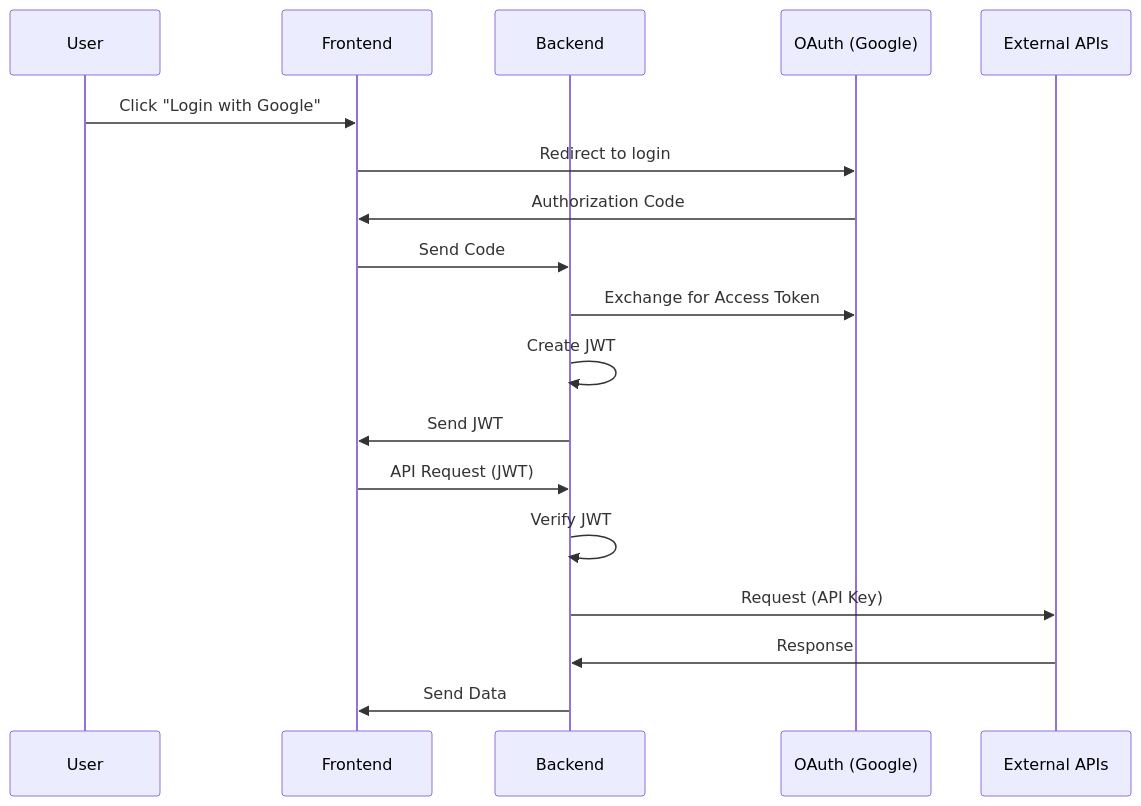
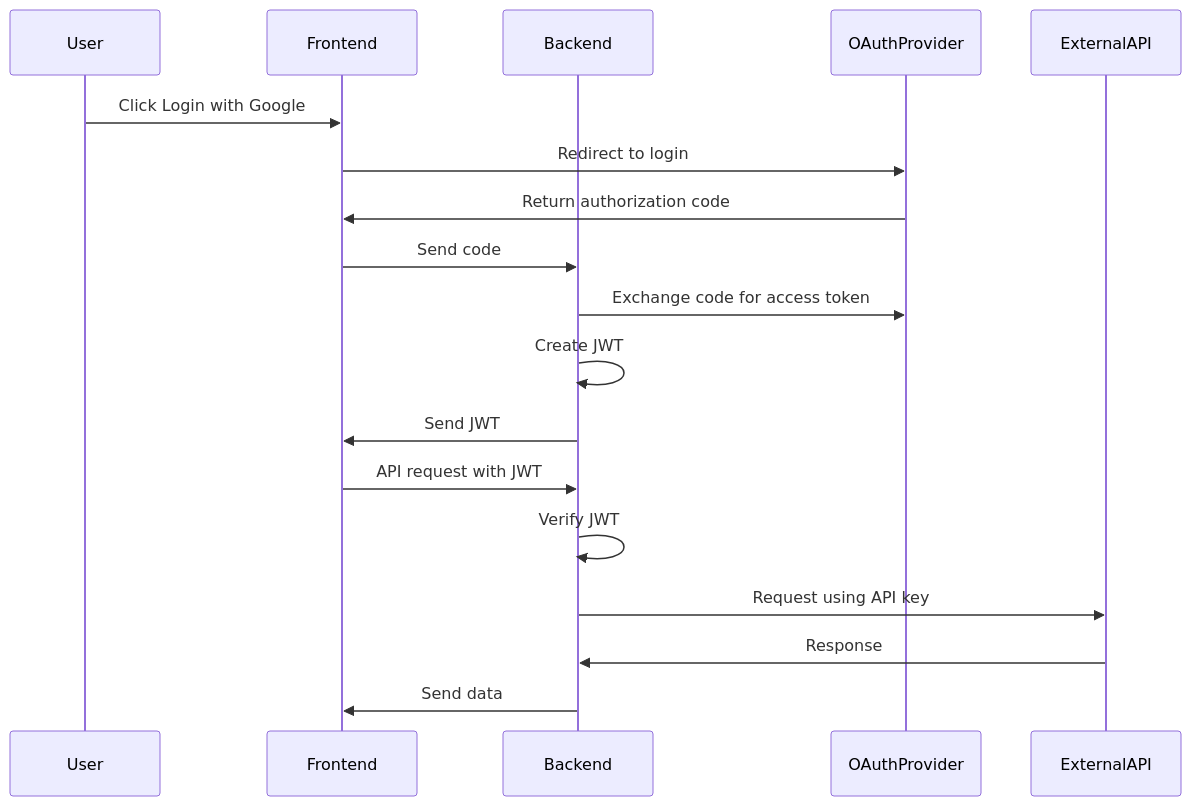
Before and after one commit to Amyshk786/Application-Programming-Interface-API-Notes: the second of 2 diagrams in README.md, drawn with Mermaid. The commit also changed other lines of this file, not shown here.

````diff
--- a/README.md
+++ b/README.md
@@ -57,23 +57,23 @@
 ```mermaid
 sequenceDiagram
     participant User
     participant Frontend
     participant Backend
-    participant OAuthProvider as OAuth (Google)
-    participant ExternalAPI as External APIs
+    participant OAuthProvider
+    participant ExternalAPI
 
-    User->>Frontend: Click "Login with Google"
+    User->>Frontend: Click Login with Google
     Frontend->>OAuthProvider: Redirect to login
-    OAuthProvider->>Frontend: Authorization Code
-    Frontend->>Backend: Send Code
-    Backend->>OAuthProvider: Exchange for Access Token
+    OAuthProvider->>Frontend: Return authorization code
+    Frontend->>Backend: Send code
+    Backend->>OAuthProvider: Exchange code for access token
     Backend->>Backend: Create JWT
     Backend->>Frontend: Send JWT
 
-    Frontend->>Backend: API Request (JWT)
+    Frontend->>Backend: API request with JWT
     Backend->>Backend: Verify JWT
 
-    Backend->>ExternalAPI: Request (API Key)
+    Backend->>ExternalAPI: Request using API key
     ExternalAPI->>Backend: Response
-    Backend->>Frontend: Send Data
+    Backend->>Frontend: Send data
 ```
````
